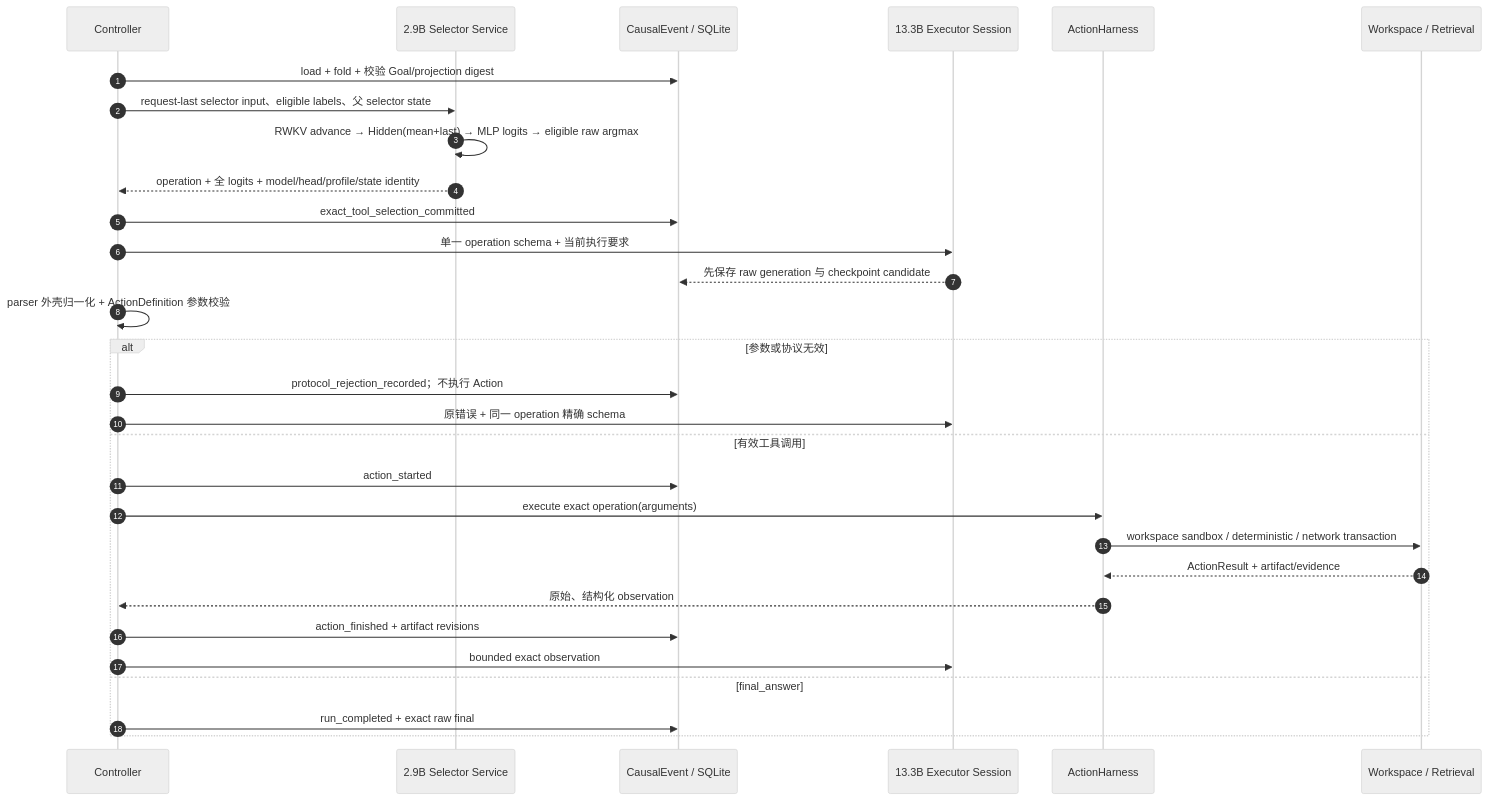
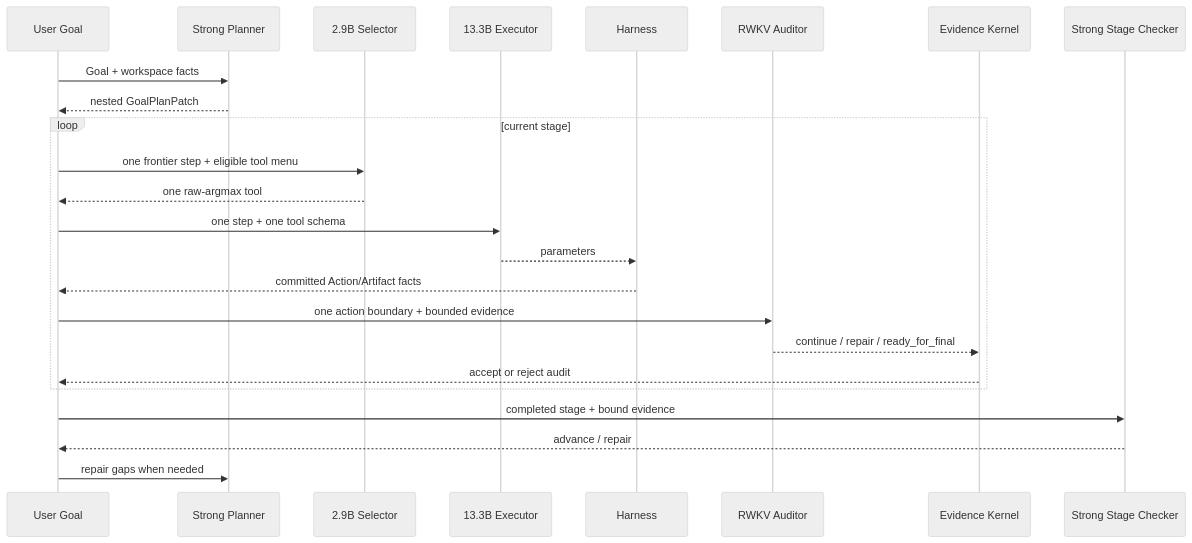
One commit to rwkv-rs/RWKV-LH changed the diagram in docs/CODE_ARCHITECTURE.zh-CN.md. Above: the diagram before and after it, drawn with Mermaid (neutral theme). The commit also changed other lines of this file and 82 other files, not shown here.

Commit message:
refactor: simplify the RWKV stateful goal loop

````diff
--- a/docs/CODE_ARCHITECTURE.zh-CN.md
+++ b/docs/CODE_ARCHITECTURE.zh-CN.md
@@ -153,33 +10,27 @@
 ```mermaid
 sequenceDiagram
-    autonumber
-    participant C as Controller
-    participant S as 2.9B Selector Service
-    participant DB as CausalEvent / SQLite
-    participant E as 13.3B Executor Session
-    participant H as ActionHarness
-    participant W as Workspace / Retrieval
+    participant U as User Goal
+    participant P as Strong Planner
+    participant S as 2.9B Selector
+    participant E as 13.3B Executor
+    participant H as Harness
+    participant A as RWKV Auditor
+    participant K as Evidence Kernel
+    participant C as Strong Stage Checker
 
-    C->>DB: load + fold + 校验 Goal/projection digest
-    C->>S: request-last selector input、eligible labels、父 selector state
-    S->>S: RWKV advance → Hidden(mean+last) → MLP logits → eligible raw argmax
-    S-->>C: operation + 全 logits + model/head/profile/state identity
-    C->>DB: exact_tool_selection_committed
-    C->>E: 单一 operation schema + 当前执行要求
-    E-->>DB: 先保存 raw generation 与 checkpoint candidate
-    C->>C: parser 外壳归一化 + ActionDefinition 参数校验
-    alt 参数或协议无效
-        C->>DB: protocol_rejection_recorded；不执行 Action
-        C->>E: 原错误 + 同一 operation 精确 schema
-    else 有效工具调用
-        C->>DB: action_started
-        C->>H: execute exact operation(arguments)
-        H->>W: workspace sandbox / deterministic / network transaction
-        W-->>H: ActionResult + artifact/evidence
-        H-->>C: 原始、结构化 observation
-        C->>DB: action_finished + artifact revisions
-        C->>E: bounded exact observation
-    else final_answer
-        C->>DB: run_completed + exact raw final
+    U->>P: Goal + workspace facts
+    P-->>U: nested GoalPlanPatch
+    loop current stage
+        U->>S: one frontier step + eligible tool menu
+        S-->>U: one raw-argmax tool
+        U->>E: one step + one tool schema
+        E-->>H: parameters
+        H-->>U: committed Action/Artifact facts
+        U->>A: one action boundary + bounded evidence
+        A-->>K: continue / repair / ready_for_final
+        K-->>U: accept or reject audit
     end
+    U->>C: completed stage + bound evidence
+    C-->>U: advance / repair
+    U->>P: repair gaps when needed
 ```
````
